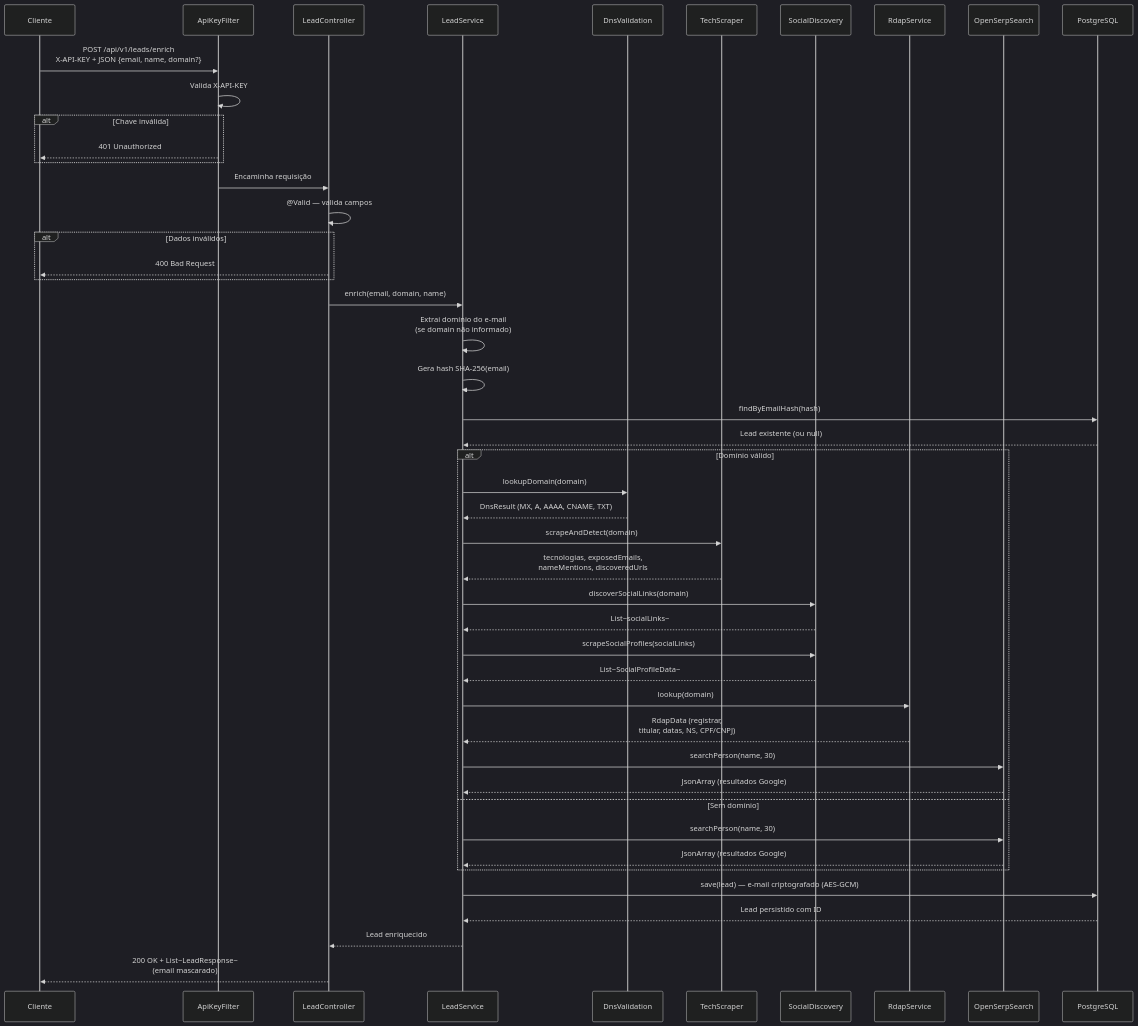
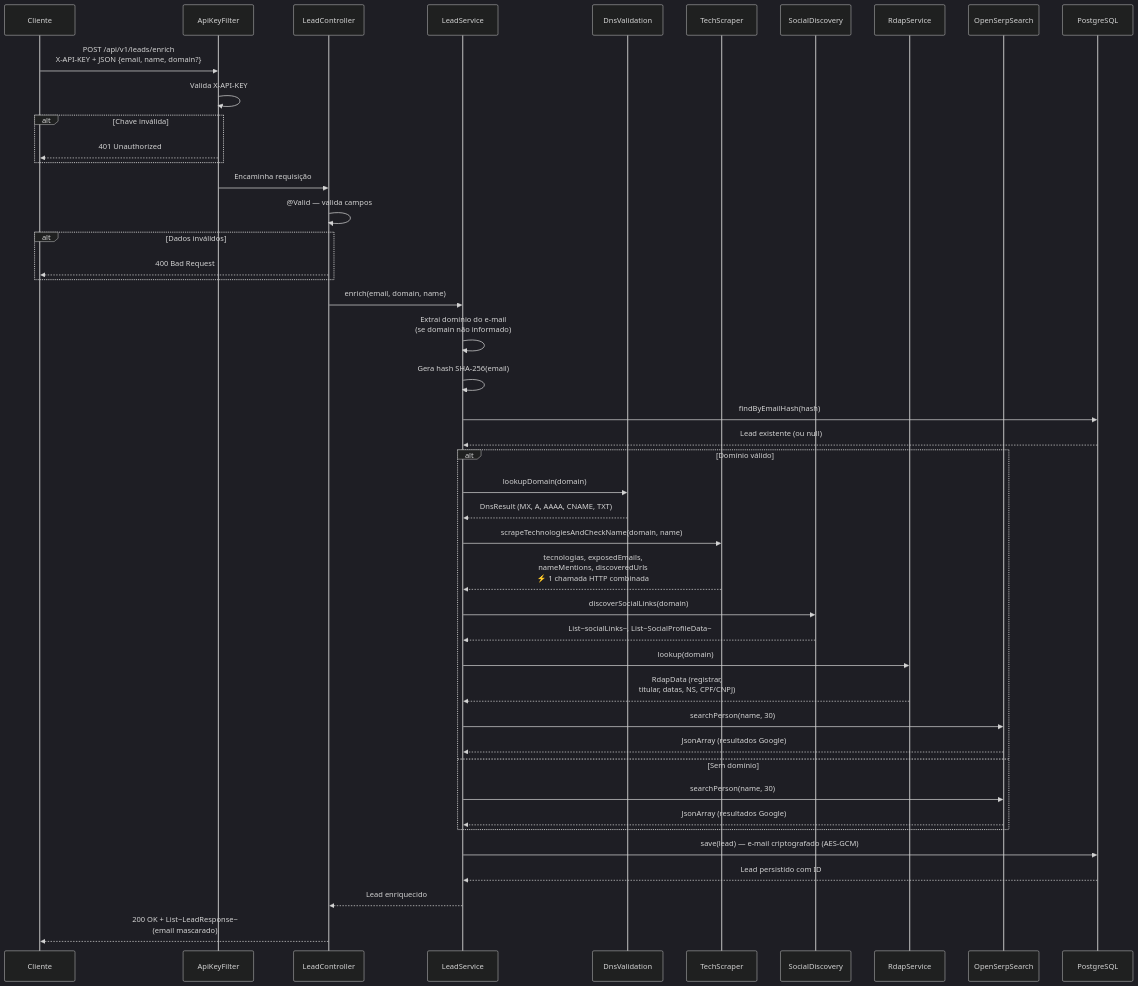
One commit to pdrodavi/lead-enrichment-api changed the third of 3 diagrams in docs/diagrams/mermaid-componentes-sequencia.md. Above: the diagram before and after it, drawn with Mermaid (dark theme). The commit also changed other lines of this file and 32 other files, not shown here.

````diff
--- a/docs/diagrams/mermaid-componentes-sequencia.md
+++ b/docs/diagrams/mermaid-componentes-sequencia.md
@@ -210,63 +238,60 @@
 ```mermaid
 sequenceDiagram
     participant C as Cliente
     participant AK as ApiKeyFilter
     participant LC as LeadController
     participant LS as LeadService
     participant DNS as DnsValidation
     participant TSS as TechScraper
     participant SDS as SocialDiscovery
     participant RS as RdapService
     participant OSS as OpenSerpSearch
     participant DB as PostgreSQL
 
     C->>AK: POST /api/v1/leads/enrich<br/>X-API-KEY + JSON {email, name, domain?}
     
     AK->>AK: Valida X-API-KEY
     alt Chave inválida
         AK-->>C: 401 Unauthorized
     end
 
     AK->>LC: Encaminha requisição
 
     LC->>LC: @Valid — valida campos
     alt Dados inválidos
         LC-->>C: 400 Bad Request
     end
 
     LC->>LS: enrich(email, domain, name)
 
     LS->>LS: Extrai domínio do e-mail<br/>(se domain não informado)
     LS->>LS: Gera hash SHA-256(email)
     LS->>DB: findByEmailHash(hash)
     DB-->>LS: Lead existente (ou null)
 
     alt Domínio válido
         LS->>DNS: lookupDomain(domain)
         DNS-->>LS: DnsResult (MX, A, AAAA, CNAME, TXT)
 
-        LS->>TSS: scrapeAndDetect(domain)
-        TSS-->>LS: tecnologias, exposedEmails,<br/>nameMentions, discoveredUrls
+        LS->>TSS: scrapeTechnologiesAndCheckName(domain, name)
+        TSS-->>LS: tecnologias, exposedEmails,<br/>nameMentions, discoveredUrls<br/>⚡ 1 chamada HTTP combinada
 
         LS->>SDS: discoverSocialLinks(domain)
-        SDS-->>LS: List~socialLinks~
-
-        LS->>SDS: scrapeSocialProfiles(socialLinks)
-        SDS-->>LS: List~SocialProfileData~
+        SDS-->>LS: List~socialLinks~, List~SocialProfileData~
 
         LS->>RS: lookup(domain)
         RS-->>LS: RdapData (registrar,<br/>titular, datas, NS, CPF/CNPJ)
 
         LS->>OSS: searchPerson(name, 30)
         OSS-->>LS: JsonArray (resultados Google)
     else Sem domínio
         LS->>OSS: searchPerson(name, 30)
         OSS-->>LS: JsonArray (resultados Google)
     end
 
     LS->>DB: save(lead) — e-mail criptografado (AES-GCM)
     DB-->>LS: Lead persistido com ID
 
     LS-->>LC: Lead enriquecido
     LC-->>C: 200 OK + List~LeadResponse~<br/>(email mascarado)
 ```
````
